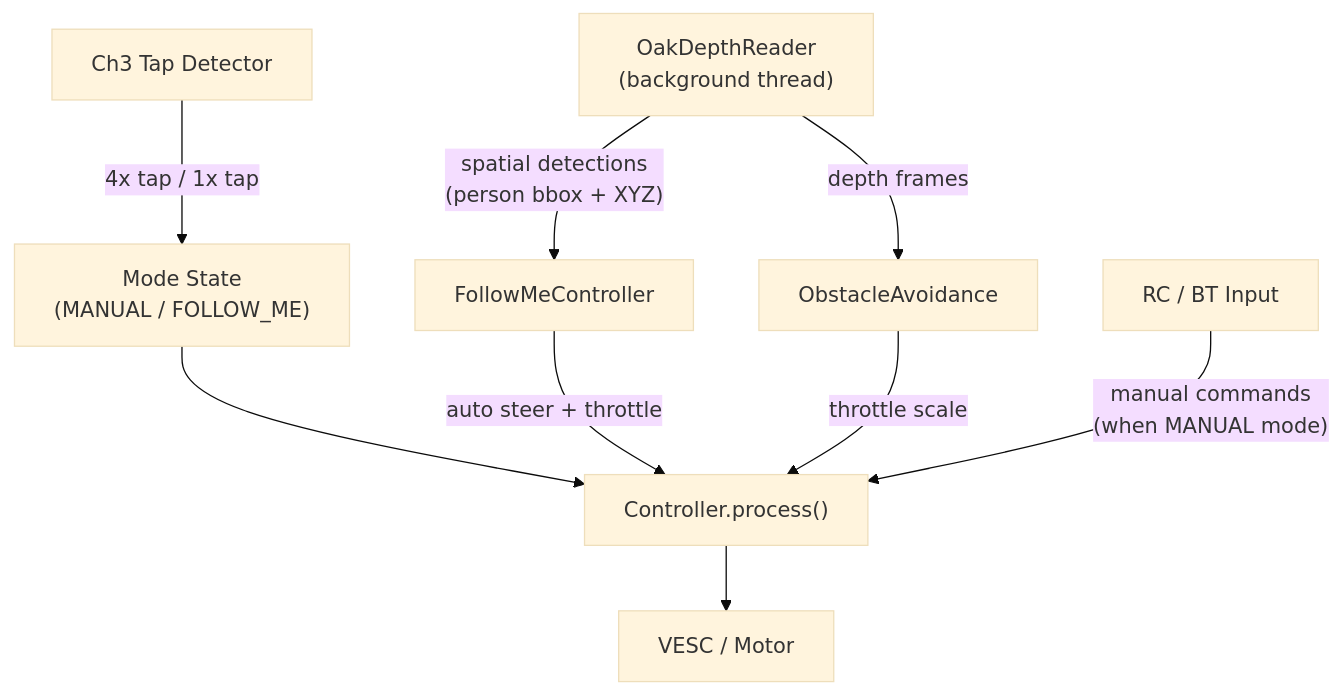
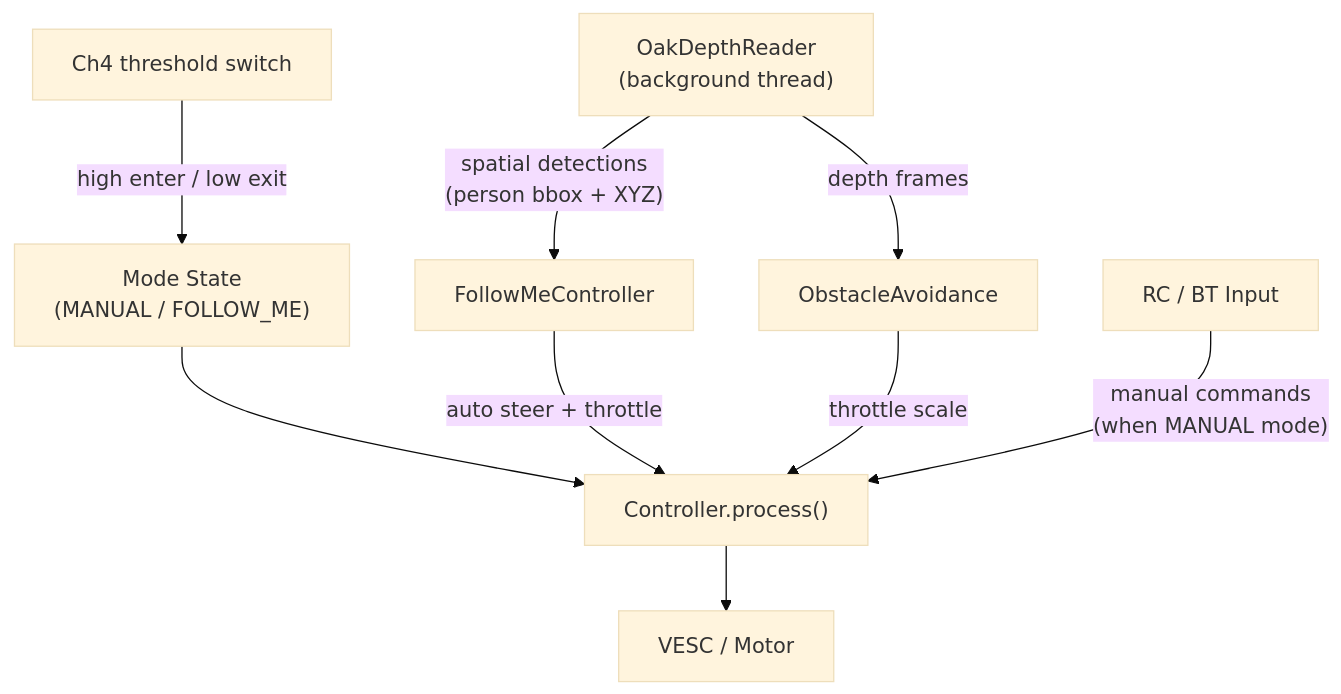
The second of 2 diagrams in docs/oak_d_lite_integration_plan.md (gruMoses/wall_e-Mini), drawn with Mermaid (base theme) before and after one commit. The commit also changed other lines of this file and 17 other files, not shown here.

````diff
--- a/docs/oak_d_lite_integration_plan.md
+++ b/docs/oak_d_lite_integration_plan.md
@@ -124,11 +122,11 @@
 ```mermaid
 flowchart TD
     OAK["OakDepthReader\n(background thread)"] -->|"depth frames"| OA["ObstacleAvoidance"]
     OAK -->|"spatial detections\n(person bbox + XYZ)"| FM["FollowMeController"]
-    CH3["Ch3 Tap Detector"] -->|"4x tap / 1x tap"| MODE["Mode State\n(MANUAL / FOLLOW_ME)"]
+    CH4["Ch4 threshold switch"] -->|"high enter / low exit"| MODE["Mode State\n(MANUAL / FOLLOW_ME)"]
     MODE --> CTRL["Controller.process()"]
     FM -->|"auto steer + throttle"| CTRL
     OA -->|"throttle scale"| CTRL
     RC["RC / BT Input"] -->|"manual commands\n(when MANUAL mode)"| CTRL
     CTRL --> VESC["VESC / Motor"]
 ```
````
